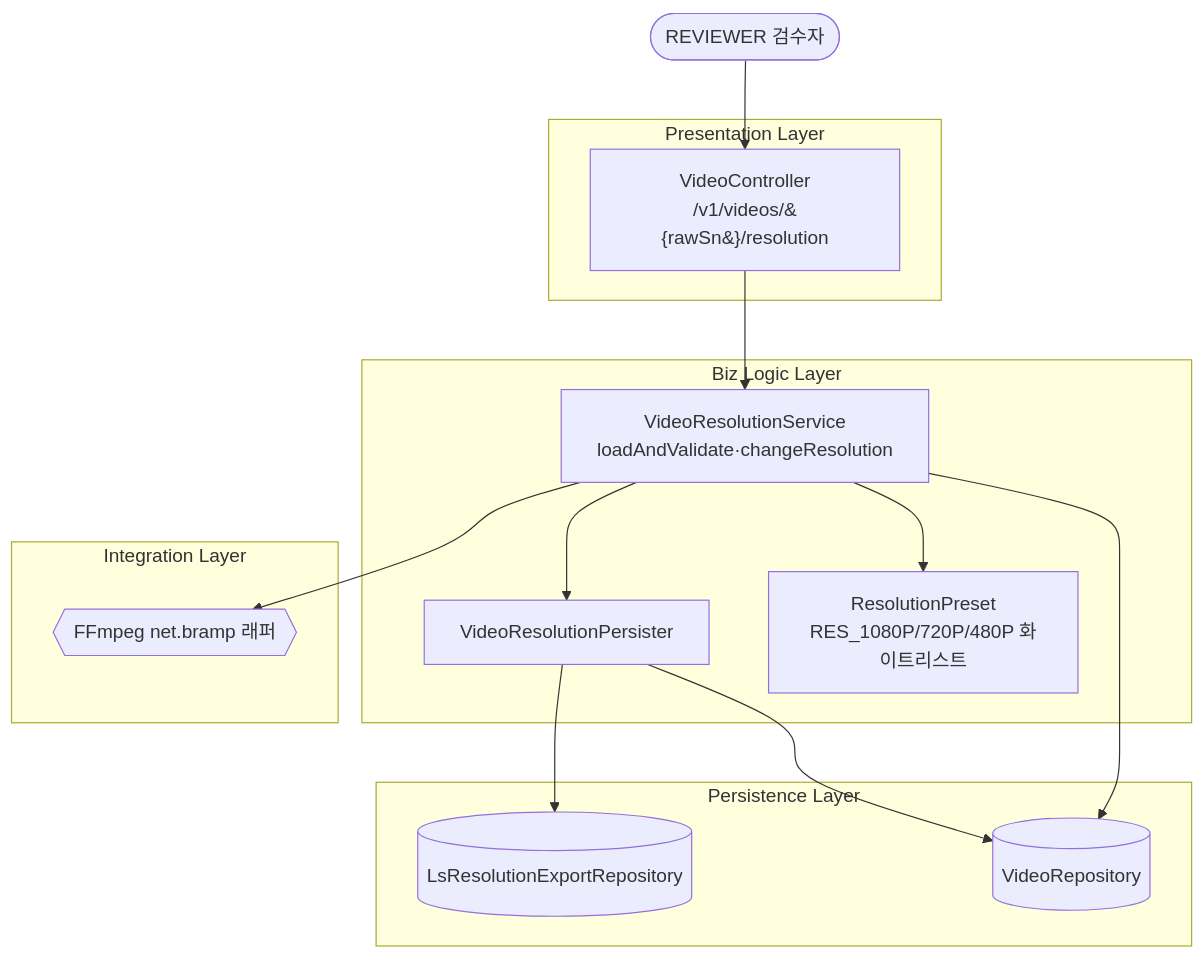
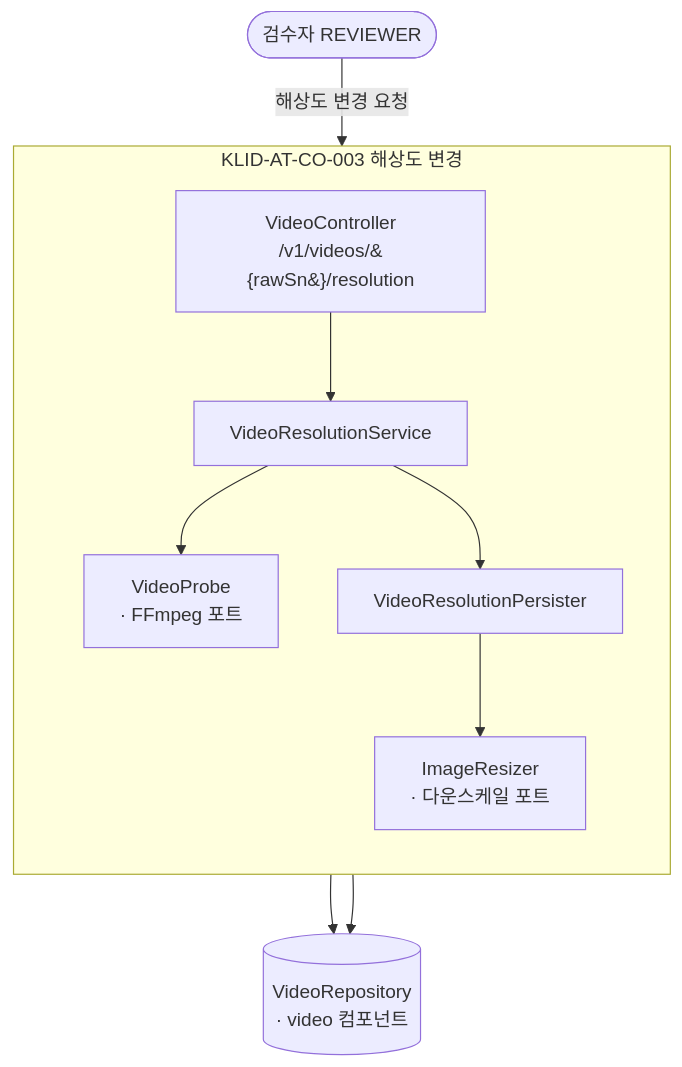
The third of 13 diagrams in docs/design/D3-컴포넌트설계서.md (New-stella/klid-label), drawn with Mermaid before and after one commit. The commit also changed other lines of this file and 6 other files, not shown here.

````diff
--- a/docs/design/D3-컴포넌트설계서.md
+++ b/docs/design/D3-컴포넌트설계서.md
@@ -118,29 +84,20 @@
 ```mermaid
-flowchart TB
-  REVIEWER([REVIEWER 검수자])
-
-  subgraph Presentation [Presentation Layer]
-    VidCtrl[VideoController<br/>/v1/videos/&#123;rawSn&#125;/resolution]
-  end
-  subgraph Biz [Biz Logic Layer]
-    VidResSvc[VideoResolutionService<br/>loadAndValidate·changeResolution]
-    VidResPers[VideoResolutionPersister]
-    ResPreset[ResolutionPreset<br/>RES_1080P/720P/480P 화이트리스트]
-  end
-  subgraph Persistence [Persistence Layer]
-    ResExpRepo[(LsResolutionExportRepository)]
-    VidRepo[(VideoRepository)]
-  end
-  subgraph Integration [Integration Layer]
-    Ffmpeg{{FFmpeg net.bramp 래퍼}}
-  end
-
-  REVIEWER --> VidCtrl
-  VidCtrl --> VidResSvc
-  VidResSvc --> ResPreset
-  VidResSvc --> Ffmpeg
-  VidResSvc --> VidResPers
-  VidResSvc --> VidRepo
-  VidResPers --> ResExpRepo
-  VidResPers --> VidRepo
+flowchart TD
+    REVIEWER([검수자 REVIEWER])
+    subgraph CO003[KLID-AT-CO-003 해상도 변경]
+        direction TB
+        VC[VideoController<br/>/v1/videos/&#123;rawSn&#125;/resolution]
+        VRS[VideoResolutionService]
+        VRP[VideoResolutionPersister]
+        VP[VideoProbe<br/>· FFmpeg 포트]
+        IR[ImageResizer<br/>· 다운스케일 포트]
+        VC --> VRS
+        VRS --> VP
+        VRS --> VRP
+        VRP --> IR
+    end
+    VR[(VideoRepository<br/>· video 컴포넌트)]
+    REVIEWER -->|해상도 변경 요청| VC
+    VRS --> VR
+    VRP --> VR
 ```
````
